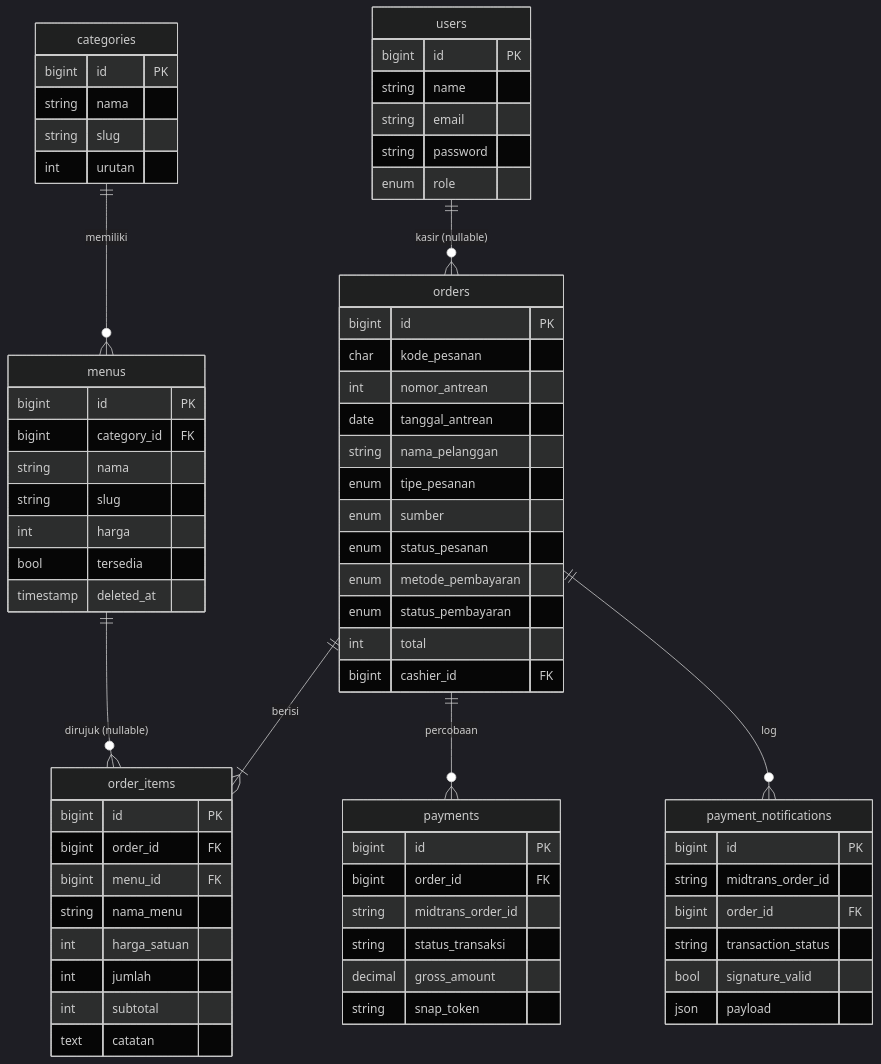
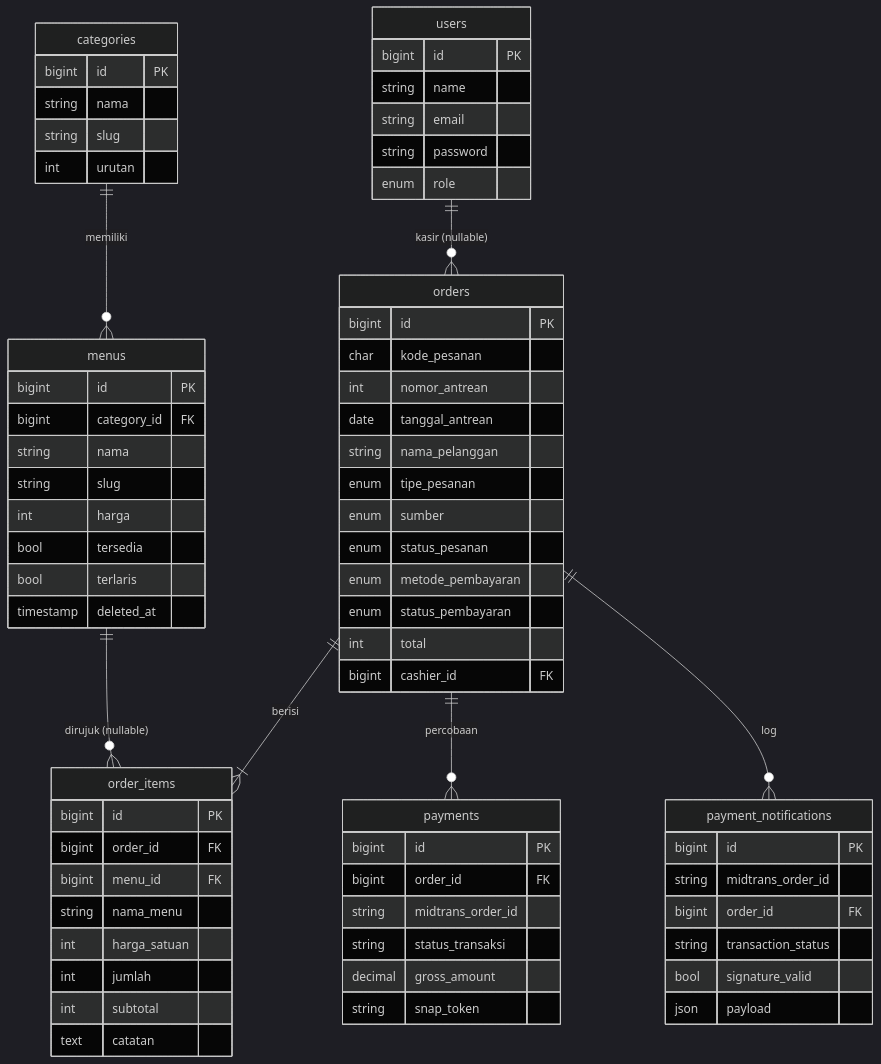
Before and after one commit to FathanZDA/Kedai-Kopi-Varya: the diagram in docs/DATABASE.md, drawn with Mermaid (dark theme). The commit also changed other lines of this file and 15 other files, not shown here.

````diff
--- a/docs/DATABASE.md
+++ b/docs/DATABASE.md
@@ -406,78 +407,79 @@
 ```mermaid
 erDiagram
     users ||--o{ orders : "kasir (nullable)"
     categories ||--o{ menus : "memiliki"
     menus ||--o{ order_items : "dirujuk (nullable)"
     orders ||--|{ order_items : "berisi"
     orders ||--o{ payments : "percobaan"
     orders ||--o{ payment_notifications : "log"
 
     users {
         bigint id PK
         string name
         string email
         string password
         enum role
     }
 
     categories {
         bigint id PK
         string nama
         string slug
         int urutan
     }
 
     menus {
         bigint id PK
         bigint category_id FK
         string nama
         string slug
         int harga
         bool tersedia
+        bool terlaris
         timestamp deleted_at
     }
 
     orders {
         bigint id PK
         char kode_pesanan
         int nomor_antrean
         date tanggal_antrean
         string nama_pelanggan
         enum tipe_pesanan
         enum sumber
         enum status_pesanan
         enum metode_pembayaran
         enum status_pembayaran
         int total
         bigint cashier_id FK
     }
 
     order_items {
         bigint id PK
         bigint order_id FK
         bigint menu_id FK
         string nama_menu
         int harga_satuan
         int jumlah
         int subtotal
         text catatan
     }
 
     payments {
         bigint id PK
         bigint order_id FK
         string midtrans_order_id
         string status_transaksi
         decimal gross_amount
         string snap_token
     }
 
     payment_notifications {
         bigint id PK
         string midtrans_order_id
         bigint order_id FK
         string transaction_status
         bool signature_valid
         json payload
     }
 ```
````
